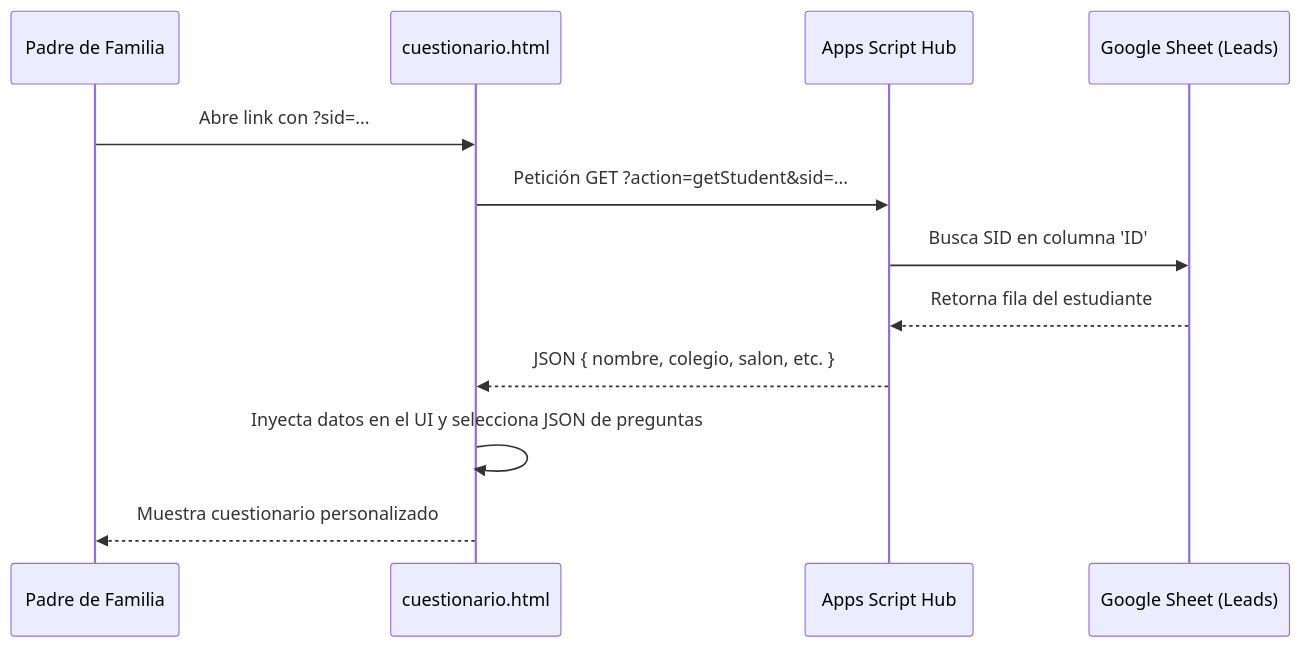
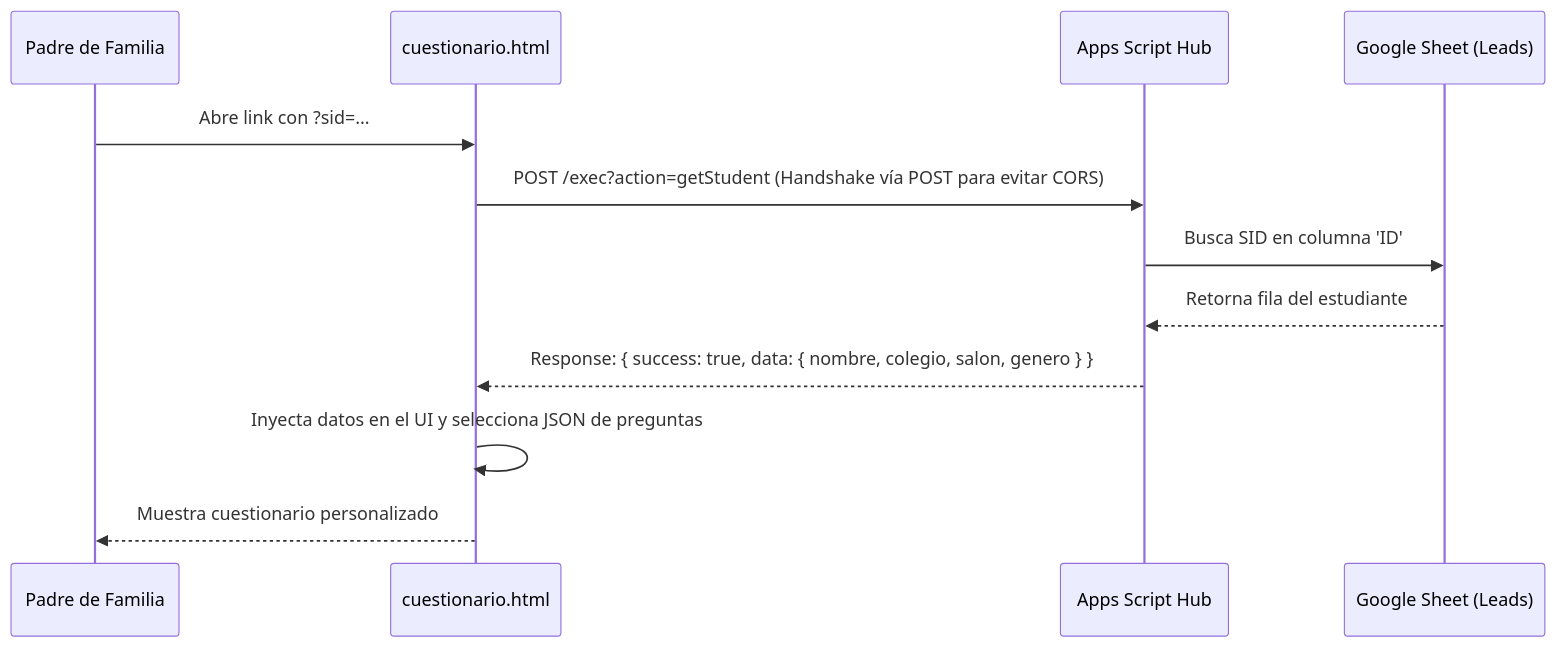
Before and after one commit to mimejorretratopa-ship-it/mi-mejor-retrato: the second of 2 diagrams in ARCHITECTURE.md, drawn with Mermaid. The commit also changed other lines of this file and 3 other files, not shown here.

````diff
--- a/ARCHITECTURE.md
+++ b/ARCHITECTURE.md
@@ -249,15 +249,15 @@
 ```mermaid
 sequenceDiagram
     participant User as Padre de Familia
     participant Form as cuestionario.html
     participant Hub as Apps Script Hub
     participant DB as Google Sheet (Leads)
 
     User->>Form: Abre link con ?sid=...
-    Form->>Hub: Petición GET ?action=getStudent&sid=...
+    Form->>Hub: POST /exec?action=getStudent (Handshake vía POST para evitar CORS)
     Hub->>DB: Busca SID en columna 'ID'
     DB-->>Hub: Retorna fila del estudiante
-    Hub-->>Form: JSON { nombre, colegio, salon, etc. }
+    Hub-->>Form: Response: { success: true, data: { nombre, colegio, salon, genero } }
     Form->>Form: Inyecta datos en el UI y selecciona JSON de preguntas
     Form-->>User: Muestra cuestionario personalizado
 ```
````
